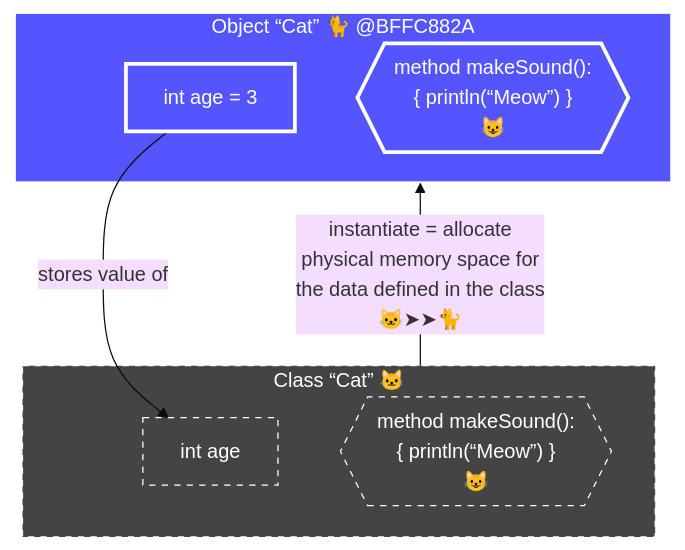
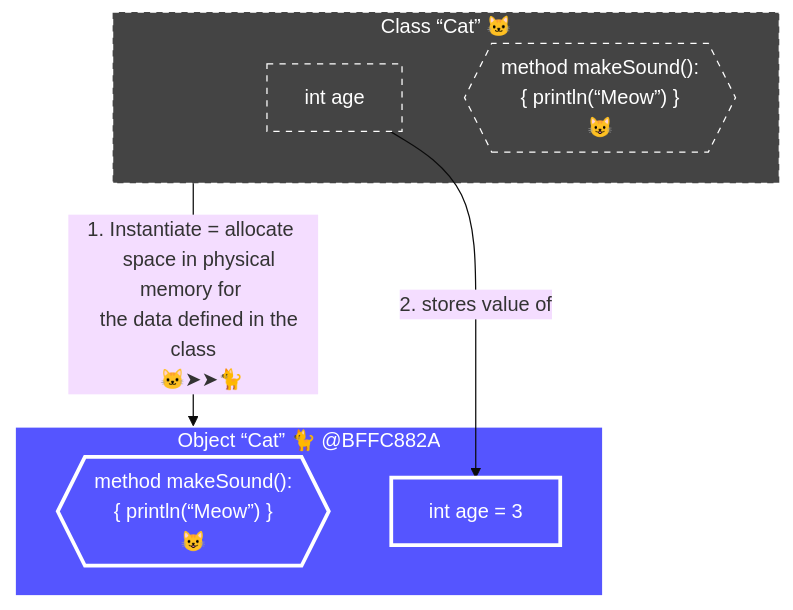
Before and after one commit to realityexpander/How_to_program_from_ground_up: the first of 6 diagrams in 09-ClassOrientedProgramming.md, drawn with Mermaid (base theme). The commit also changed other lines of this file, not shown here.

Commit message:
improve cop

````diff
--- a/09-ClassOrientedProgramming.md
+++ b/09-ClassOrientedProgramming.md
@@ -64,35 +64,36 @@
       ```mermaid
          flowchart TB
          
          subgraph catObject["Object “Cat” 🐈 @BFFC882A"]
-            catObjectAgeInt["int age = 3"] 
             catObjectMakeSoundMethodFunctionPointer{{"
                  method makeSound(): 
                  { println(“Meow”) }
                  😺"}}
+            catObjectAgeInt["int age = 3"] 
          end
          subgraph catClass["Class “Cat” 🐱"]
             catClassAgeInt["int age"]
             catClassMakeSoundMethodFunctionPointer{{"
                method makeSound():
                { println(“Meow”) }
                😺"}}
          end
+      
+         catClassAgeInt -- 2. stores value of --> catObjectAgeInt
          catClass -- "
-            instantiate = allocate 
-            physical memory space for 
+            1. Instantiate = allocate 
+            space in physical memory for 
             the data defined in the class
             🐱➤➤🐈
-            " --> catObject:::Object
+            " --> catObject:::Object 
          
-         catObjectAgeInt -- stores value of --> catClassAgeInt
          
          style catClass fill:#444, stroke:#FFF, stroke-width:1px, color:#FFF, stroke-dasharray: 5 5
          style catClassAgeInt fill:#444, stroke:#FFF, stroke-width:1px, color:#FFF, stroke-dasharray: 5 5
          style catClassMakeSoundMethodFunctionPointer fill:#444, stroke:#FFF, stroke-width:1px, color:#FFF, stroke-dasharray: 5 5 
          
          classDef Object fill:#55F, stroke:#FFF, stroke-width:3px, color:#fff
          style catObjectAgeInt fill:#55F, stroke:#FFF, stroke-width:3px, color:#fff
          style catObjectMakeSoundMethodFunctionPointer fill:#55F, stroke:#FFF, stroke-width:3px, color:#fff 
        
       ```
````
